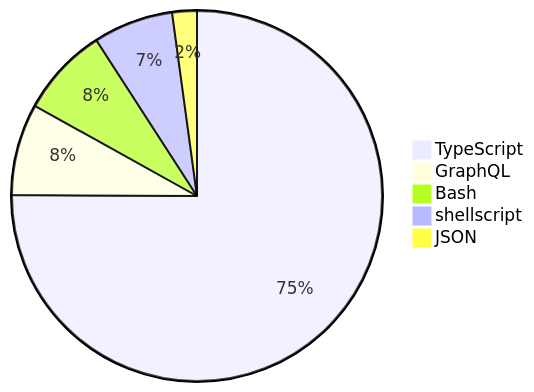
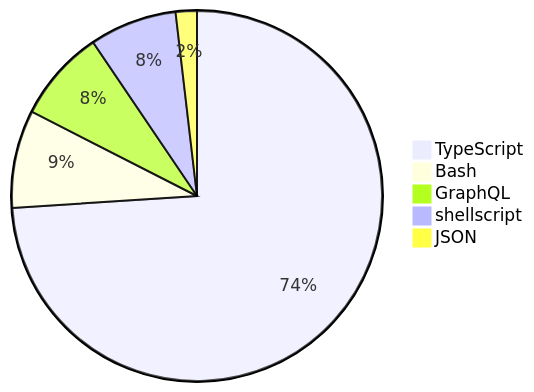
Before and after one commit to skvggor/skvggor: the diagram in README.md, drawn with Mermaid.

Commit message:
Updated waka-readme graph with new metrics

````diff
--- a/README.md
+++ b/README.md
@@ -16,8 +16,8 @@
 ```mermaid
 pie
-    "TypeScript" : 73.2
+    "TypeScript" : 71.9
+    "Bash" : 8.3
     "GraphQL" : 7.8
-    "Bash" : 7.6
-    "shellscript" : 6.8
-    "JSON" : 2.1
+    "shellscript" : 7.4
+    "JSON" : 1.8
 ```
````
